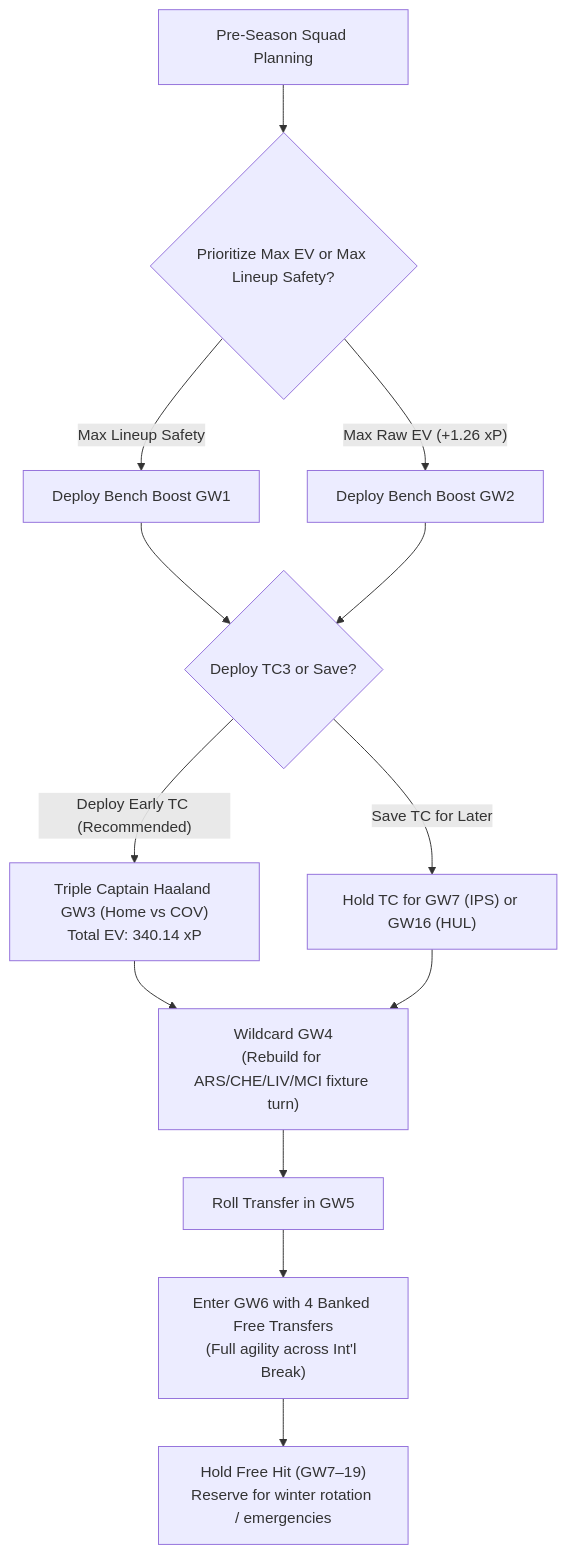
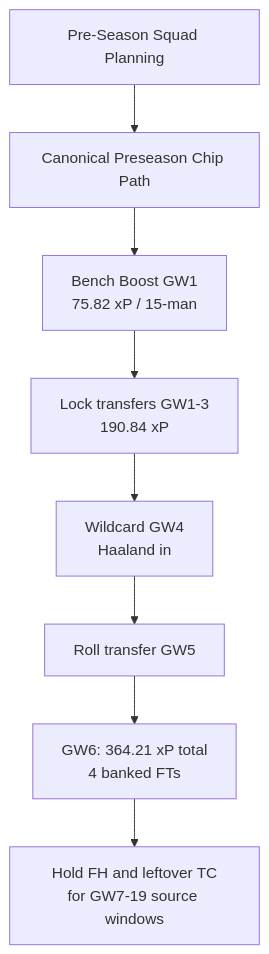
Before and after one commit to JubileeZ/fpl-jubilee-ascent: the diagram in docs/research/fpl-first-half-chip-strategy/fpl-first-half-chip-strategy.md, drawn with Mermaid. The commit also changed other lines of this file and 60 other files, not shown here.

````diff
--- a/docs/research/fpl-first-half-chip-strategy/fpl-first-half-chip-strategy.md
+++ b/docs/research/fpl-first-half-chip-strategy/fpl-first-half-chip-strategy.md
@@ -249,19 +268,10 @@
 ```mermaid
 flowchart TD
-    Start["Pre-Season Squad Planning"] --> Q1{"Prioritize Max EV or Max Lineup Safety?"}
-    Q1 -- "Max Raw EV (+1.26 xP)" --> BB2["Deploy Bench Boost GW2"]
-    Q1 -- "Max Lineup Safety" --> BB1["Deploy Bench Boost GW1"]
-    
-    BB1 --> Q2{"Deploy TC3 or Save?"}
-    BB2 --> Q2
-    
-    Q2 -- "Deploy Early TC (Recommended)" --> TC3["Triple Captain Haaland GW3 (Home vs COV)<br/>Total EV: 340.14 xP"]
-    Q2 -- "Save TC for Later" --> TCLater["Hold TC for GW7 (IPS) or GW16 (HUL)"]
-    
-    TC3 --> WC4["Wildcard GW4<br/>(Rebuild for ARS/CHE/LIV/MCI fixture turn)"]
-    TCLater --> WC4
-    
-    WC4 --> Roll5["Roll Transfer in GW5"]
-    Roll5 --> GW6["Enter GW6 with 4 Banked Free Transfers<br/>(Full agility across Int'l Break)"]
-    GW6 --> FHReserve["Hold Free Hit (GW7–19)<br/>Reserve for winter rotation / emergencies"]
+    Start["Pre-Season Squad Planning"] --> Live["Canonical Preseason Chip Path"]
+    Live --> BB1["Bench Boost GW1<br/>75.82 xP / 15-man"]
+    BB1 --> Lock["Lock transfers GW1-3<br/>190.84 xP"]
+    Lock --> WC4["Wildcard GW4<br/>Haaland in"]
+    WC4 --> Roll5["Roll transfer GW5"]
+    Roll5 --> GW6["GW6: 364.21 xP total<br/>4 banked FTs"]
+    GW6 --> Hold["Hold FH and leftover TC<br/>for GW7-19 source windows"]
 ```
````
